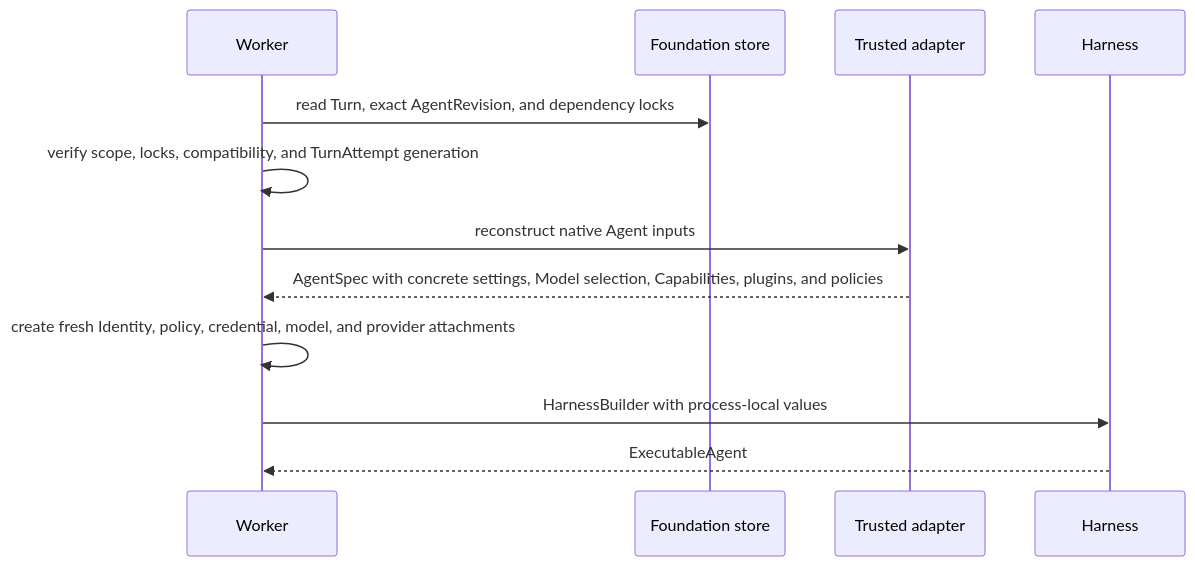
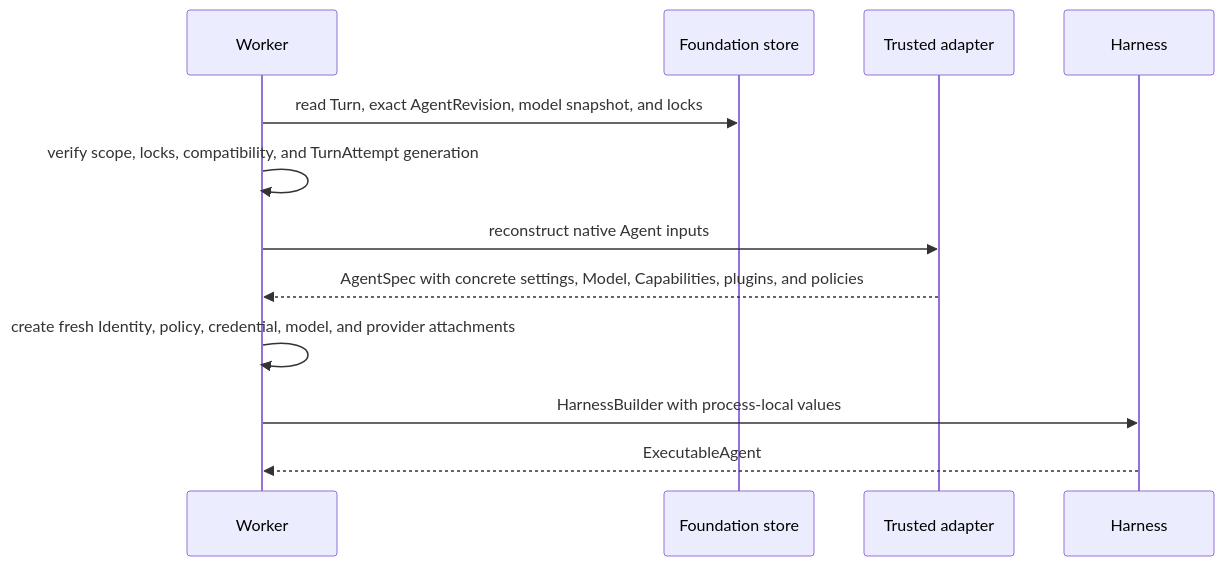
Before and after one commit to LTThreeComma/agent-foundation: the second of 2 diagrams in spec/foundation-service/12-agent-revisions-and-reconstruction.md, drawn with Mermaid. The commit also changed other lines of this file and 16 other files, not shown here.

Commit message:
spec(foundation): define model management (#32)

````diff
--- a/spec/foundation-service/12-agent-revisions-and-reconstruction.md
+++ b/spec/foundation-service/12-agent-revisions-and-reconstruction.md
@@ -71,15 +118,15 @@
 ```mermaid
 sequenceDiagram
     participant Worker
     participant Store as Foundation store
     participant Adapter as Trusted adapter
     participant Harness
 
-    Worker->>Store: read Turn, exact AgentRevision, and dependency locks
+    Worker->>Store: read Turn, exact AgentRevision, model snapshot, and locks
     Worker->>Worker: verify scope, locks, compatibility, and TurnAttempt generation
     Worker->>Adapter: reconstruct native Agent inputs
-    Adapter-->>Worker: AgentSpec with concrete settings, Model selection, Capabilities, plugins, and policies
+    Adapter-->>Worker: AgentSpec with concrete settings, Model, Capabilities, plugins, and policies
     Worker->>Worker: create fresh Identity, policy, credential, model, and provider attachments
     Worker->>Harness: HarnessBuilder with process-local values
     Harness-->>Worker: ExecutableAgent
 ```
````
